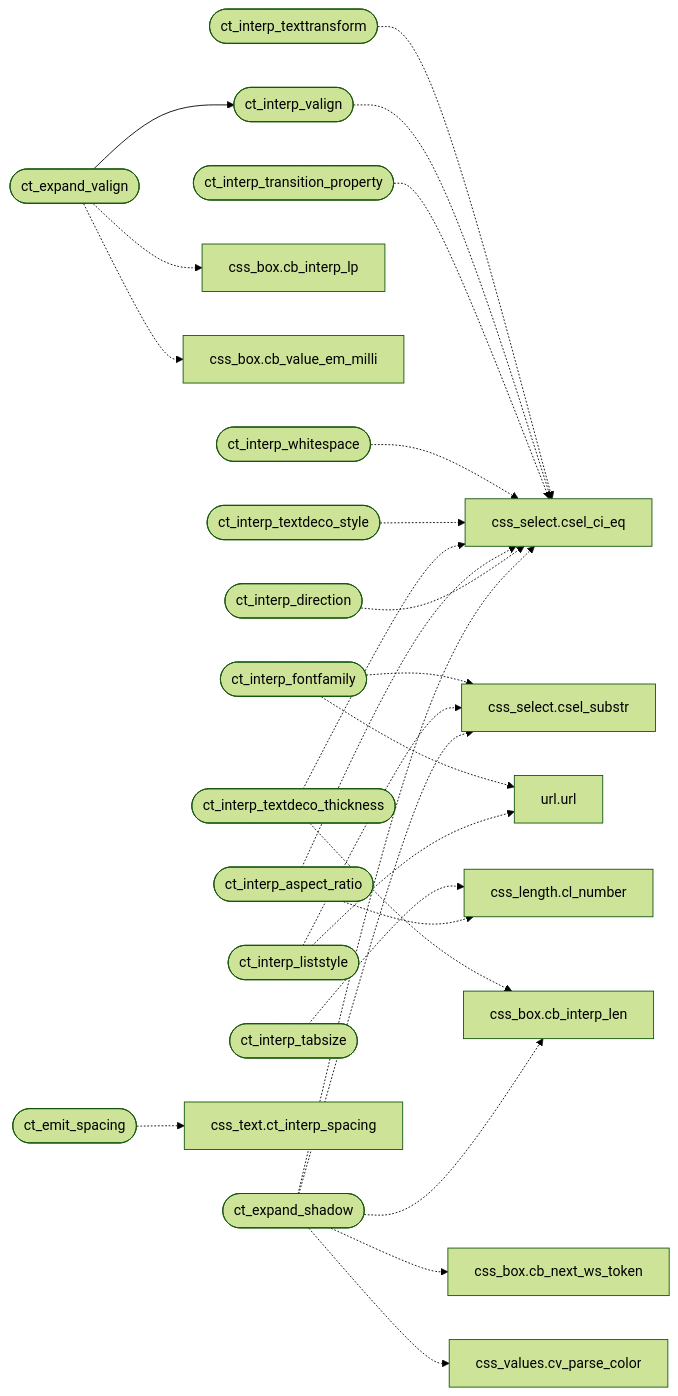
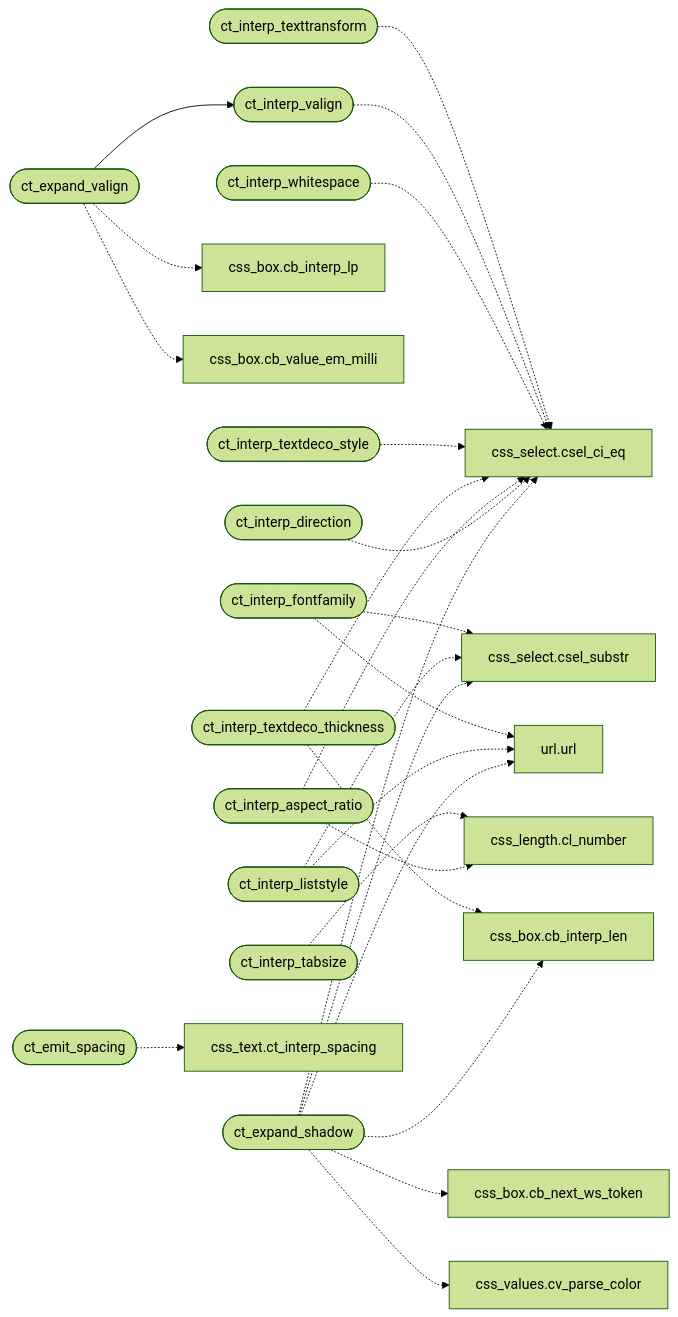
Before and after one commit to grisuno/FreeDom: the diagram in readmenator-apidocs/modules/src.css_text.c.md, drawn with Mermaid (forest theme). The commit also changed other lines of this file and 301 other files, not shown here.

````diff
--- a/readmenator-apidocs/modules/src.css_text.c.md
+++ b/readmenator-apidocs/modules/src.css_text.c.md
@@ -15,51 +15,50 @@
 ```mermaid
 flowchart LR
     n_src_css_text_c__ct_expand_valign(["ct_expand_valign"])
     n_src_css_text_c__ct_interp_valign(["ct_interp_valign"])
     n_src_css_text_c__ct_interp_fontfamily(["ct_interp_fontfamily"])
     n_include_css_select_h__csel_substr["css_select.csel_substr"]
     n_include_url_h__url["url.url"]
     n_src_css_text_c__ct_interp_texttransform(["ct_interp_texttransform"])
     n_include_css_select_h__csel_ci_eq["css_select.csel_ci_eq"]
     n_include_css_box_h__cb_interp_lp["css_box.cb_interp_lp"]
     n_include_css_box_h__cb_value_em_milli["css_box.cb_value_em_milli"]
-    n_src_css_text_c__ct_interp_transition_property(["ct_interp_transition_property"])
     n_src_css_text_c__ct_interp_whitespace(["ct_interp_whitespace"])
     n_src_css_text_c__ct_interp_tabsize(["ct_interp_tabsize"])
     n_include_css_length_h__cl_number["css_length.cl_number"]
     n_src_css_text_c__ct_interp_textdeco_style(["ct_interp_textdeco_style"])
     n_src_css_text_c__ct_interp_textdeco_thickness(["ct_interp_textdeco_thickness"])
     n_include_css_box_h__cb_interp_len["css_box.cb_interp_len"]
     n_src_css_text_c__ct_interp_aspect_ratio(["ct_interp_aspect_ratio"])
     n_src_css_text_c__ct_interp_direction(["ct_interp_direction"])
     n_src_css_text_c__ct_interp_liststyle(["ct_interp_liststyle"])
     n_src_css_text_c__ct_emit_spacing(["ct_emit_spacing"])
     n_include_css_text_h__ct_interp_spacing["css_text.ct_interp_spacing"]
     n_src_css_text_c__ct_expand_shadow(["ct_expand_shadow"])
     n_include_css_box_h__cb_next_ws_token["css_box.cb_next_ws_token"]
     n_include_css_values_h__cv_parse_color["css_values.cv_parse_color"]
     n_src_css_text_c__ct_expand_valign --> n_src_css_text_c__ct_interp_valign
     n_src_css_text_c__ct_interp_fontfamily -.-> n_include_css_select_h__csel_substr
     n_src_css_text_c__ct_interp_fontfamily -.-> n_include_url_h__url
     n_src_css_text_c__ct_interp_texttransform -.-> n_include_css_select_h__csel_ci_eq
     n_src_css_text_c__ct_interp_valign -.-> n_include_css_select_h__csel_ci_eq
     n_src_css_text_c__ct_expand_valign -.-> n_include_css_box_h__cb_interp_lp
     n_src_css_text_c__ct_expand_valign -.-> n_include_css_box_h__cb_value_em_milli
-    n_src_css_text_c__ct_interp_transition_property -.-> n_include_css_select_h__csel_ci_eq
     n_src_css_text_c__ct_interp_whitespace -.-> n_include_css_select_h__csel_ci_eq
     n_src_css_text_c__ct_interp_tabsize -.-> n_include_css_length_h__cl_number
     n_src_css_text_c__ct_interp_textdeco_style -.-> n_include_css_select_h__csel_ci_eq
     n_src_css_text_c__ct_interp_textdeco_thickness -.-> n_include_css_box_h__cb_interp_len
     n_src_css_text_c__ct_interp_textdeco_thickness -.-> n_include_css_select_h__csel_ci_eq
     n_src_css_text_c__ct_interp_aspect_ratio -.-> n_include_css_length_h__cl_number
     n_src_css_text_c__ct_interp_aspect_ratio -.-> n_include_css_select_h__csel_ci_eq
     n_src_css_text_c__ct_interp_direction -.-> n_include_css_select_h__csel_ci_eq
     n_src_css_text_c__ct_interp_liststyle -.-> n_include_css_select_h__csel_substr
     n_src_css_text_c__ct_interp_liststyle -.-> n_include_url_h__url
     n_src_css_text_c__ct_emit_spacing -.-> n_include_css_text_h__ct_interp_spacing
     n_src_css_text_c__ct_expand_shadow -.-> n_include_css_box_h__cb_interp_len
     n_src_css_text_c__ct_expand_shadow -.-> n_include_css_box_h__cb_next_ws_token
     n_src_css_text_c__ct_expand_shadow -.-> n_include_css_select_h__csel_ci_eq
     n_src_css_text_c__ct_expand_shadow -.-> n_include_css_select_h__csel_substr
     n_src_css_text_c__ct_expand_shadow -.-> n_include_css_values_h__cv_parse_color
+    n_src_css_text_c__ct_expand_shadow -.-> n_include_url_h__url
 ```
````
